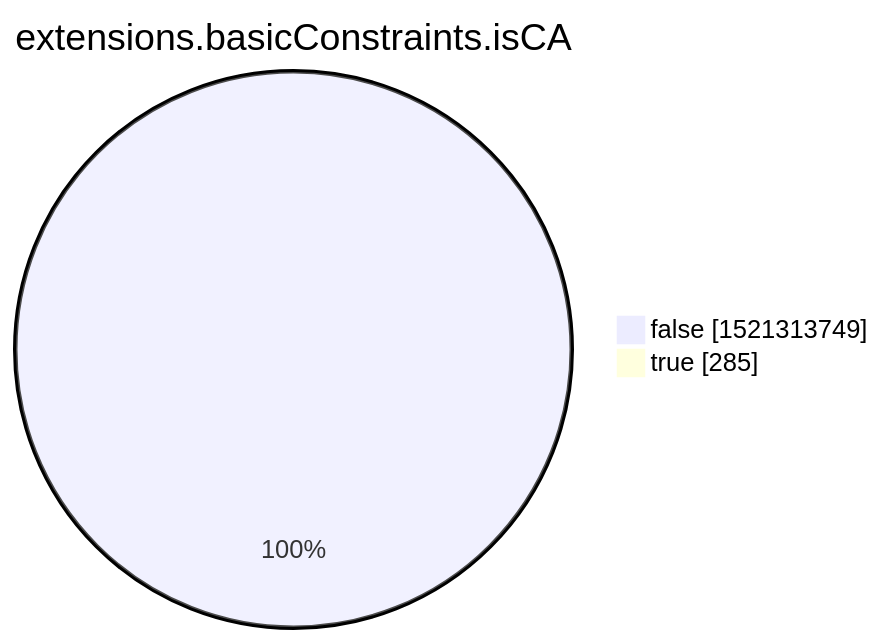
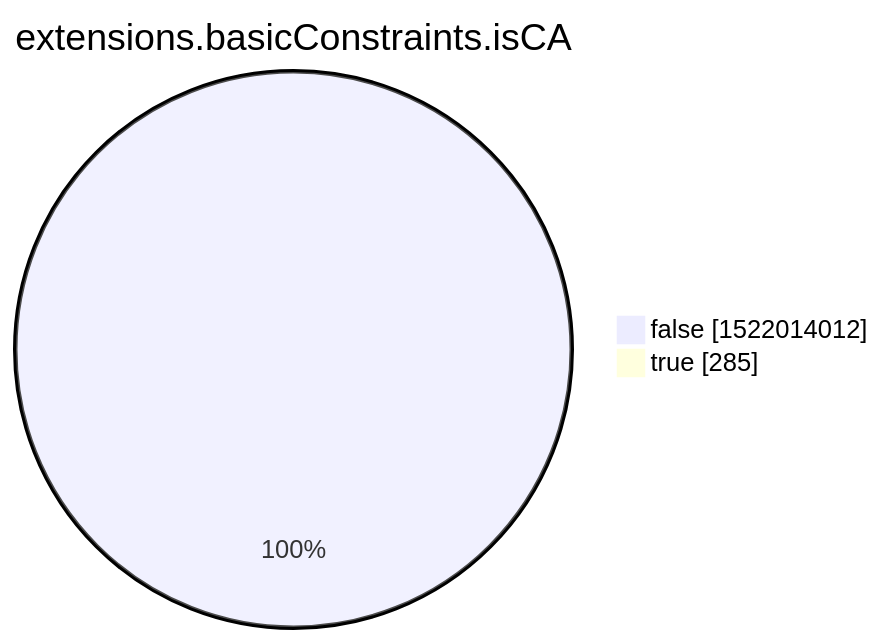
One commit to christiankrug/ctmonitor_visualization changed the eighth of 15 diagrams in xenon2022/README.md. Above: the diagram before and after it, drawn with Mermaid. The commit also changed other lines of this file, not shown here.

````diff
--- a/xenon2022/README.md
+++ b/xenon2022/README.md
@@ -2855,6 +2855,6 @@
 ```mermaid
 pie showData
 title extensions.basicConstraints.isCA
-"false" :1521313749
+"false" :1522014012
 "true" :285
 ```
````
